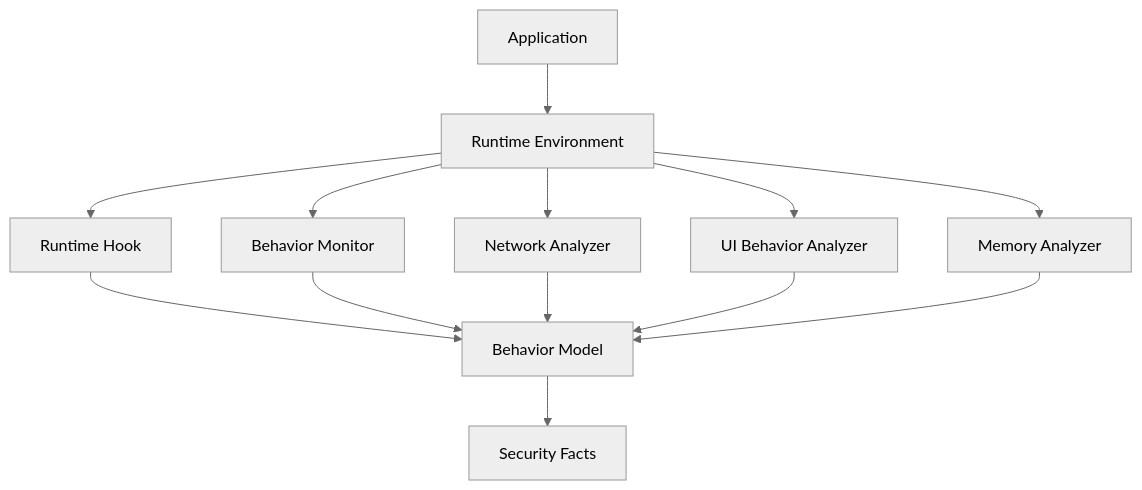
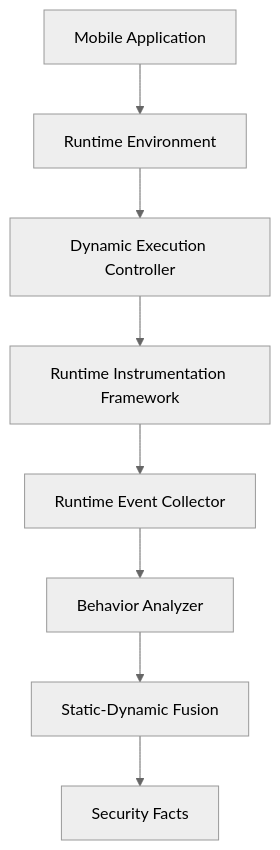
The second of 3 diagrams in docs/04-analysis-engine/05-dynamic-analysis-engine.md (baoyuanwang/mobile-app-security-platform), drawn with Mermaid (neutral theme) before and after one commit. The commit also changed other lines of this file, not shown here.

````diff
--- a/docs/04-analysis-engine/05-dynamic-analysis-engine.md
+++ b/docs/04-analysis-engine/05-dynamic-analysis-engine.md
@@ -169,50 +158,38 @@
 ```mermaid
 flowchart TB
 
 
-App["Application"]
+Application["Mobile Application"]
 
-Runtime["Runtime Environment"]
 
-Hook["Runtime Hook"]
+Environment["Runtime Environment"]
 
-Monitor["Behavior Monitor"]
+Controller["Dynamic Execution Controller"]
 
-Network["Network Analyzer"]
+Instrumentation["Runtime Instrumentation Framework"]
 
-UI["UI Behavior Analyzer"]
+Collector["Runtime Event Collector"]
 
-Memory["Memory Analyzer"]
+Analyzer["Behavior Analyzer"]
 
-Behavior["Behavior Model"]
+Fusion["Static-Dynamic Fusion"]
 
 Facts["Security Facts"]
 
 
-App --> Runtime
 
-Runtime --> Hook
+Application --> Environment
 
-Runtime --> Monitor
+Environment --> Controller
 
-Runtime --> Network
+Controller --> Instrumentation
 
-Runtime --> UI
+Instrumentation --> Collector
 
-Runtime --> Memory
+Collector --> Analyzer
 
+Analyzer --> Fusion
 
-Hook --> Behavior
-
-Monitor --> Behavior
-
-Network --> Behavior
-
-UI --> Behavior
-
-Memory --> Behavior
-
-
-Behavior --> Facts
+Fusion --> Facts
 
 ```
````
